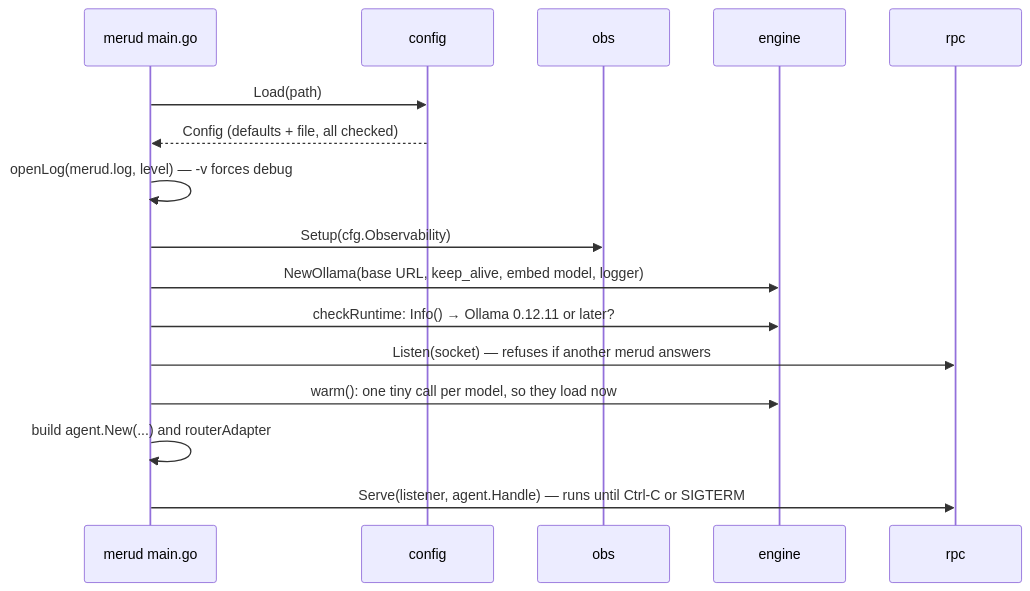
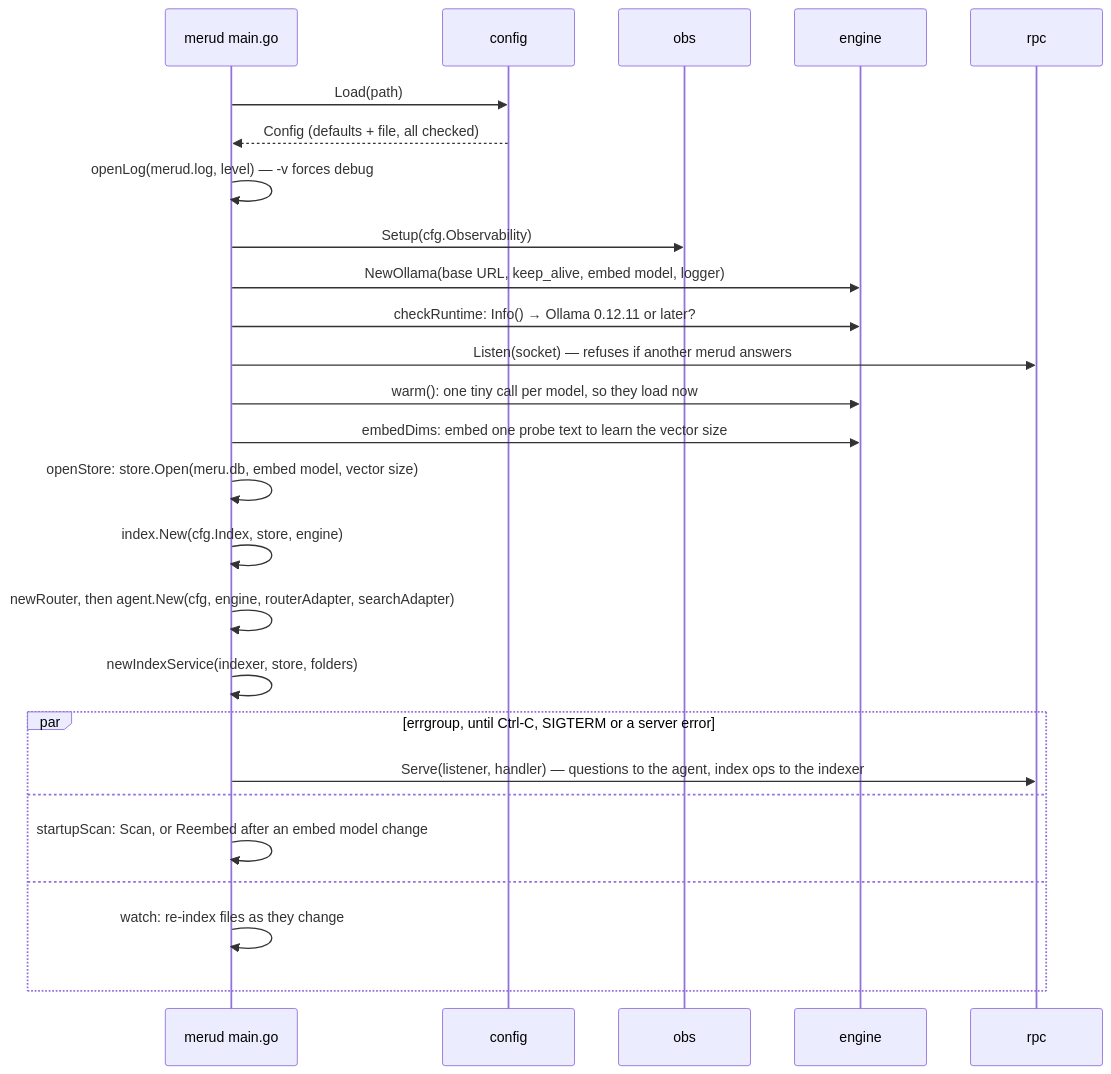
The second of 3 diagrams in docs/lld.md (aarora79/meru), drawn with Mermaid before and after one commit. The commit also changed other lines of this file and 20 other files, not shown here.

````diff
--- a/docs/lld.md
+++ b/docs/lld.md
@@ -180,19 +240,29 @@
 ```mermaid
 sequenceDiagram
     participant M as merud main.go
     participant C as config
     participant O as obs
     participant E as engine
     participant R as rpc
 
     M->>C: Load(path)
     C-->>M: Config (defaults + file, all checked)
     M->>M: openLog(merud.log, level) — -v forces debug
     M->>O: Setup(cfg.Observability)
     M->>E: NewOllama(base URL, keep_alive, embed model, logger)
     M->>E: checkRuntime: Info() → Ollama 0.12.11 or later?
     M->>R: Listen(socket) — refuses if another merud answers
     M->>E: warm(): one tiny call per model, so they load now
-    M->>M: build agent.New(...) and routerAdapter
-    M->>R: Serve(listener, agent.Handle) — runs until Ctrl-C or SIGTERM
+    M->>E: embedDims: embed one probe text to learn the vector size
+    M->>M: openStore: store.Open(meru.db, embed model, vector size)
+    M->>M: index.New(cfg.Index, store, engine)
+    M->>M: newRouter, then agent.New(cfg, engine, routerAdapter, searchAdapter)
+    M->>M: newIndexService(indexer, store, folders)
+    par errgroup, until Ctrl-C, SIGTERM or a server error
+        M->>R: Serve(listener, handler) — questions to the agent, index ops to the indexer
+    and
+        M->>M: startupScan: Scan, or Reembed after an embed model change
+    and
+        M->>M: watch: re-index files as they change
+    end
 ```
````
